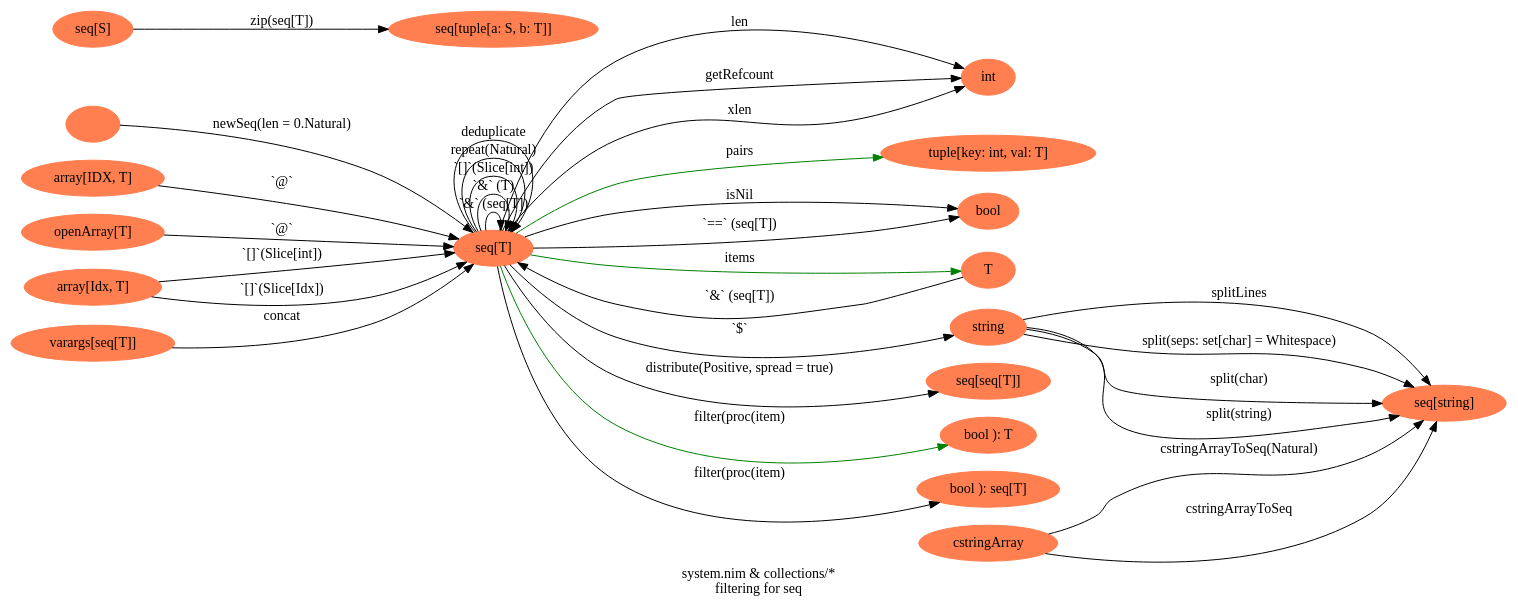
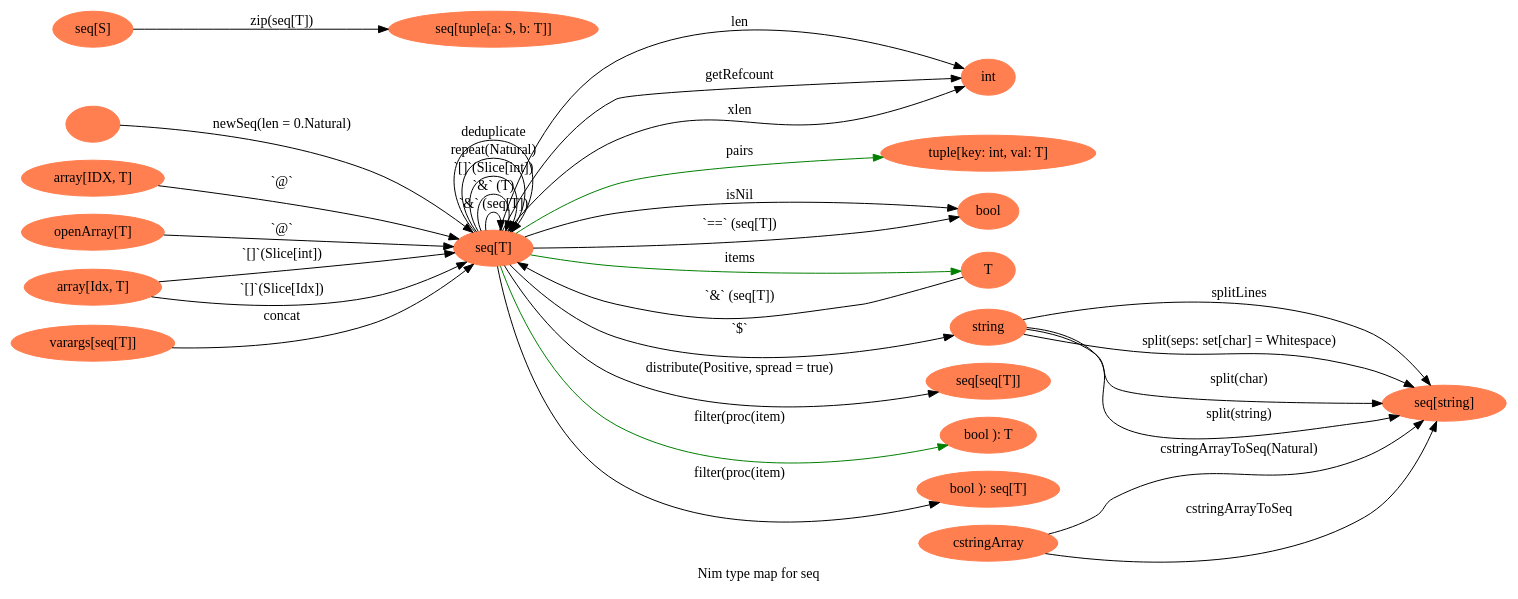
One commit to petermora/nimDot changed the diagram in output/seq.dot. Above: the diagram before and after it, drawn with Graphviz. The commit also changed 31 other files, not shown here.

```diff
--- a/output/seq.dot
+++ b/output/seq.dot
@@ -1,55 +1,54 @@
 digraph {
 graph [
-label = "system.nim & collections/*
-filtering for seq";
+label = "Nim type map for seq";
 rankdir=LR;
 ];
 node[color=coral, style=filled, label="" ] N0;
 node[color=coral, style=filled, label="seq[T]" ] N1;
 N0 -> N1 [color="", label="newSeq(len = 0.Natural)" ];
 node[color=coral, style=filled, label="int" ] N2;
 N1 -> N2 [color="", label="len" ];
 node[color=coral, style=filled, label="array[IDX, T]" ] N3;
 N3 -> N1 [color="", label="`@` " ];
 N1 -> N2 [color="", label="getRefcount" ];
 node[color=coral, style=filled, label="tuple[key: int, val: T]" ] N4;
 N1 -> N4 [color="green", label="pairs" ];
 node[color=coral, style=filled, label="bool" ] N5;
 N1 -> N5 [color="", label="isNil" ];
 node[color=coral, style=filled, label="openArray[T]" ] N6;
 N6 -> N1 [color="", label="`@`" ];
 N1 -> N1 [color="", label="`&` (seq[T])" ];
 N1 -> N1 [color="", label="`&` (T)" ];
 node[color=coral, style=filled, label="T" ] N7;
 N7 -> N1 [color="", label="`&` (seq[T])" ];
 N1 -> N5 [color="", label="`==` (seq[T])" ];
 node[color=coral, style=filled, label="string" ] N8;
 N1 -> N8 [color="", label="`$`" ];
 node[color=coral, style=filled, label="cstringArray" ] N9;
 node[color=coral, style=filled, label="seq[string]" ] N10;
 N9 -> N10 [color="", label="cstringArrayToSeq(Natural)" ];
 N9 -> N10 [color="", label="cstringArrayToSeq" ];
 node[color=coral, style=filled, label="array[Idx, T]" ] N11;
 N11 -> N1 [color="", label="`[]`(Slice[int])" ];
 N11 -> N1 [color="", label="`[]`(Slice[Idx])" ];
 N1 -> N1 [color="", label="`[]`(Slice[int])" ];
 N1 -> N7 [color="green", label="items" ];
 N1 -> N2 [color="", label="xlen" ];
 node[color=coral, style=filled, label="varargs[seq[T]]" ] N12;
 N12 -> N1 [color="", label="concat" ];
 N1 -> N1 [color="", label="repeat(Natural)" ];
 N1 -> N1 [color="", label="deduplicate" ];
 node[color=coral, style=filled, label="seq[S]" ] N13;
 node[color=coral, style=filled, label="seq[tuple[a: S, b: T]]" ] N14;
 N13 -> N14 [color="", label="zip(seq[T])" ];
 node[color=coral, style=filled, label="seq[seq[T]]" ] N15;
 N1 -> N15 [color="", label="distribute(Positive, spread = true)" ];
 node[color=coral, style=filled, label="bool ): T" ] N16;
 N1 -> N16 [color="green", label="filter(proc(item)" ];
 node[color=coral, style=filled, label="bool ): seq[T]" ] N17;
 N1 -> N17 [color="", label="filter(proc(item)" ];
 N8 -> N10 [color="", label="splitLines" ];
 N8 -> N10 [color="", label="split(seps: set[char] = Whitespace)" ];
 N8 -> N10 [color="", label="split(char)" ];
 N8 -> N10 [color="", label="split(string)" ];
 }
```
